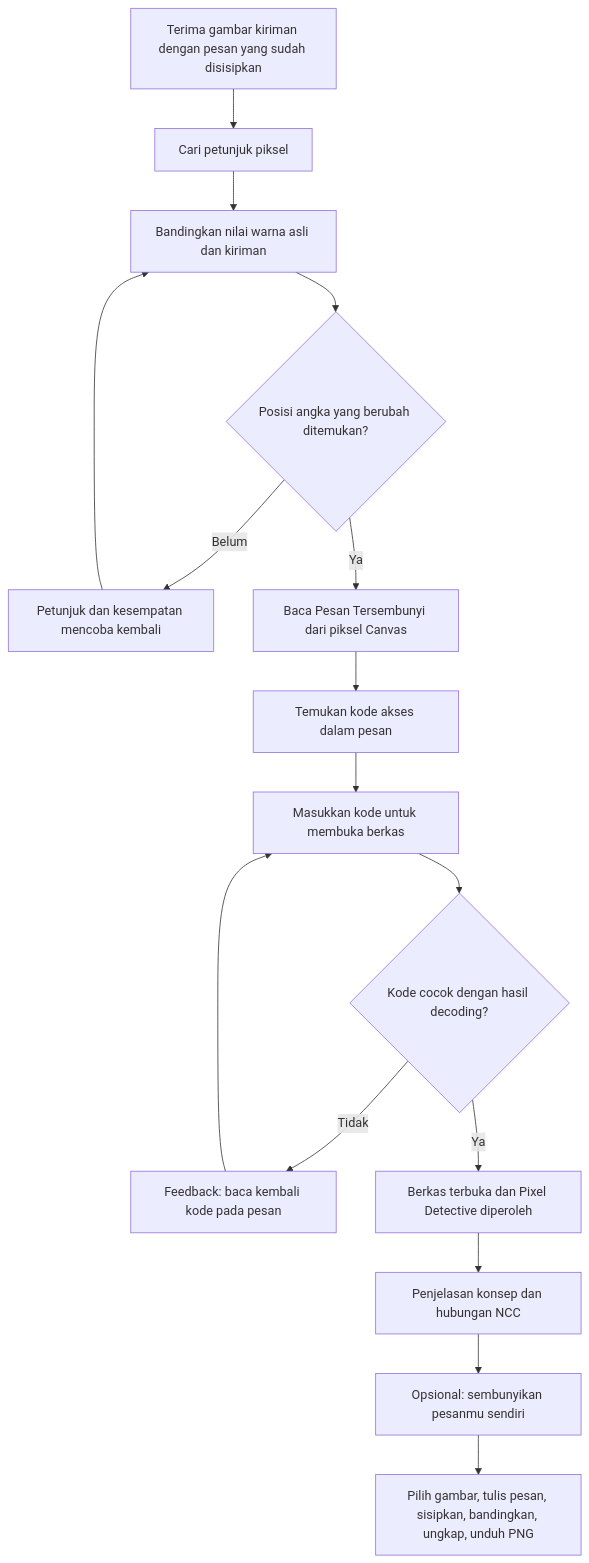
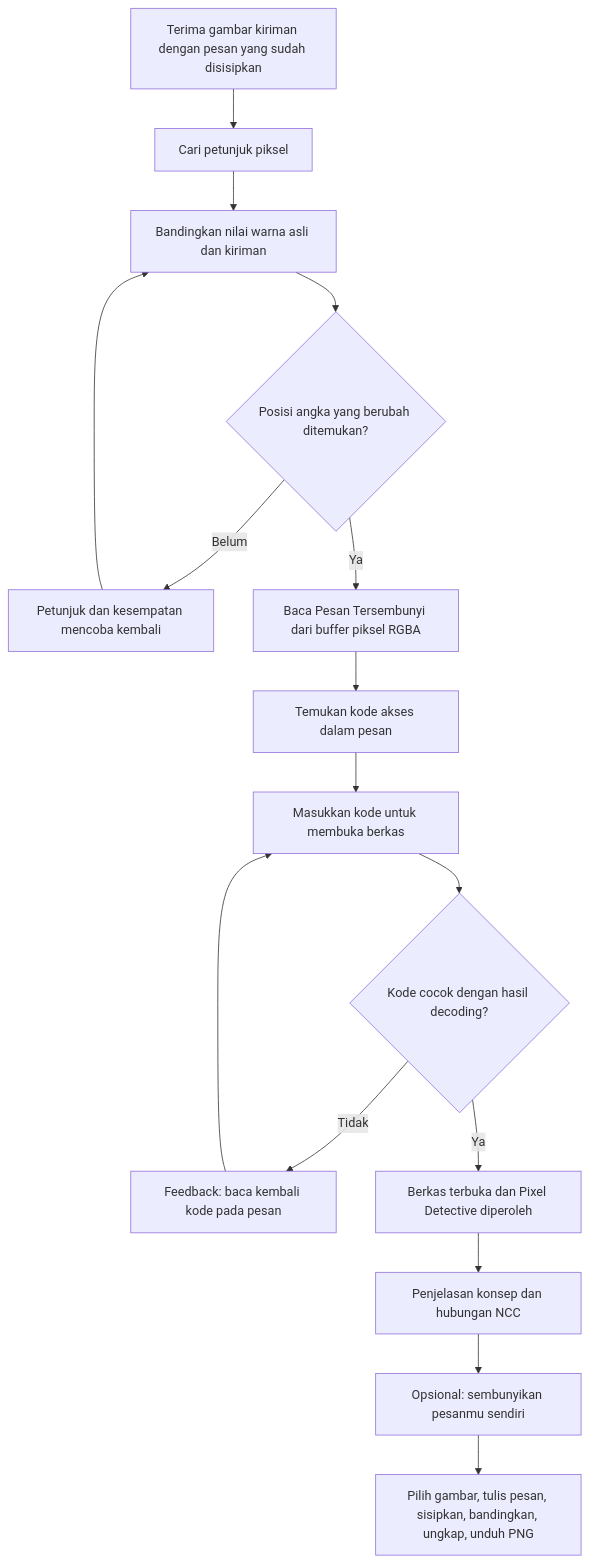
One commit to ncclaboratory18/get-to-know-ncc changed the third of 6 diagrams in docs/website-flow.md. Above: the diagram before and after it, drawn with Mermaid. The commit also changed other lines of this file and 9 other files, not shown here.

Commit message:
feat: enhance steganography mission with RGBA buffer handling and noise simulation

````diff
--- a/docs/website-flow.md
+++ b/docs/website-flow.md
@@ -107,18 +107,18 @@
 ```mermaid
 flowchart TD
     A["Terima gambar kiriman dengan pesan yang sudah disisipkan"] --> B["Cari petunjuk piksel"]
     B --> C["Bandingkan nilai warna asli dan kiriman"]
     C --> D{"Posisi angka yang berubah ditemukan?"}
     D -->|Belum| E["Petunjuk dan kesempatan mencoba kembali"]
     E --> C
-    D -->|Ya| F["Baca Pesan Tersembunyi dari piksel Canvas"]
+    D -->|Ya| F["Baca Pesan Tersembunyi dari buffer piksel RGBA"]
     F --> G["Temukan kode akses dalam pesan"]
     G --> H["Masukkan kode untuk membuka berkas"]
     H --> I{"Kode cocok dengan hasil decoding?"}
     I -->|Tidak| J["Feedback: baca kembali kode pada pesan"]
     J --> H
     I -->|Ya| K["Berkas terbuka dan Pixel Detective diperoleh"]
     K --> L["Penjelasan konsep dan hubungan NCC"]
     L --> M["Opsional: sembunyikan pesanmu sendiri"]
     M --> N["Pilih gambar, tulis pesan, sisipkan, bandingkan, ungkap, unduh PNG"]
 ```
````
